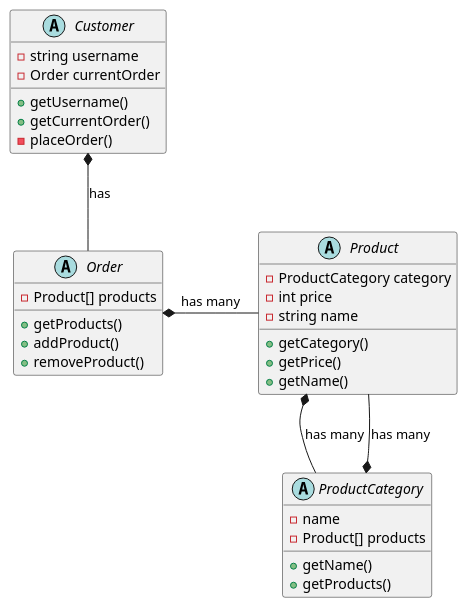
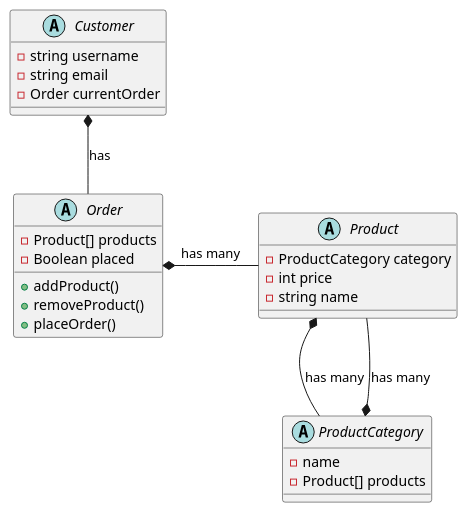
Before and after one commit to jsantos42/OnlineShopAPI: the diagram in diagram.puml, drawn with PlantUML.

Commit message:
feat: update UML diagram

```diff
--- a/diagram.puml
+++ b/diagram.puml
@@ -1,45 +1,39 @@
 @startuml
 'https://plantuml.com/class-diagram
 
 abstract class Customer {
     - string username
+    - string email
     - Order currentOrder
-    + getUsername()
-    + getCurrentOrder()
-    - placeOrder()
 }
 
 
 abstract class Order {
     - Product[] products
-    + getProducts()
+    - Boolean placed
     + addProduct()
     + removeProduct()
+    + placeOrder()
 }
 
 
 abstract class Product {
     - ProductCategory category
     - int price
     - string name
-    + getCategory()
-    + getPrice()
-    + getName()
 }
 
 
 abstract class ProductCategory {
     - name
     - Product[] products
-    + getName()
-    + getProducts()
 }
 
 
 Customer *-- Order: has
 Order *- Product: has many
 Product *-- ProductCategory: has many
 Product --* ProductCategory: has many
 
 
 @enduml
```
